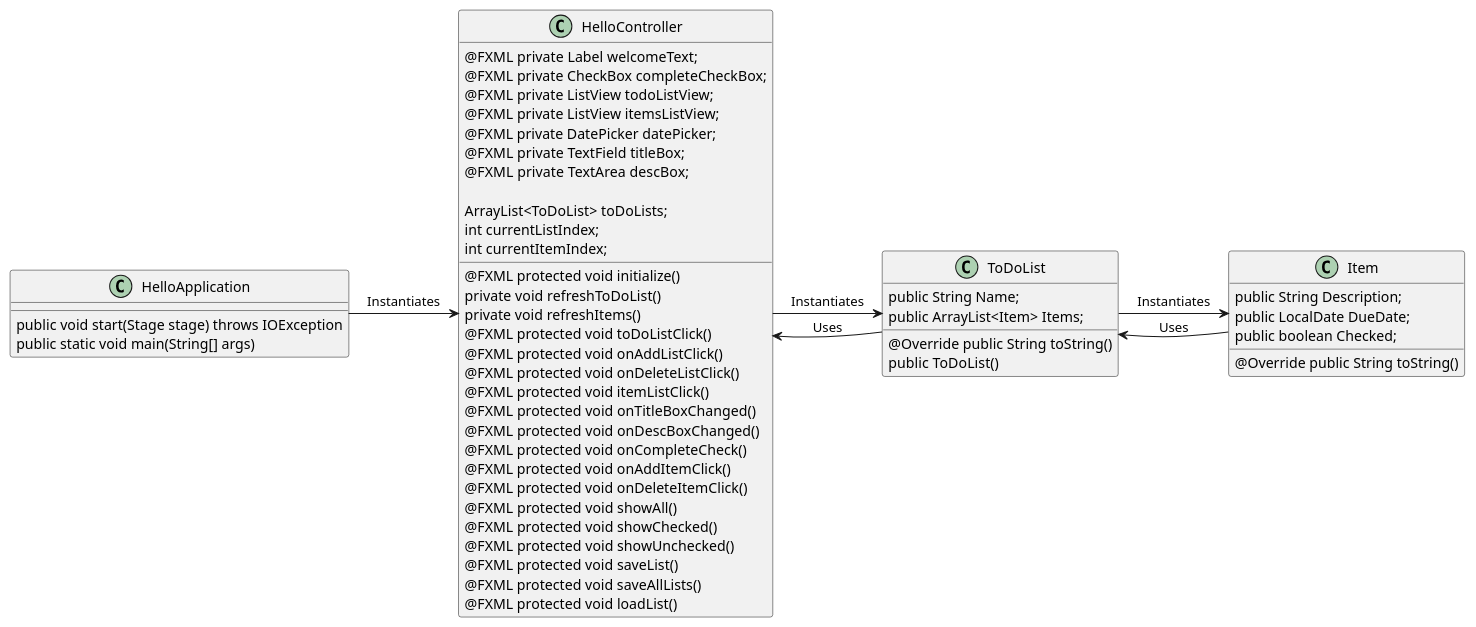
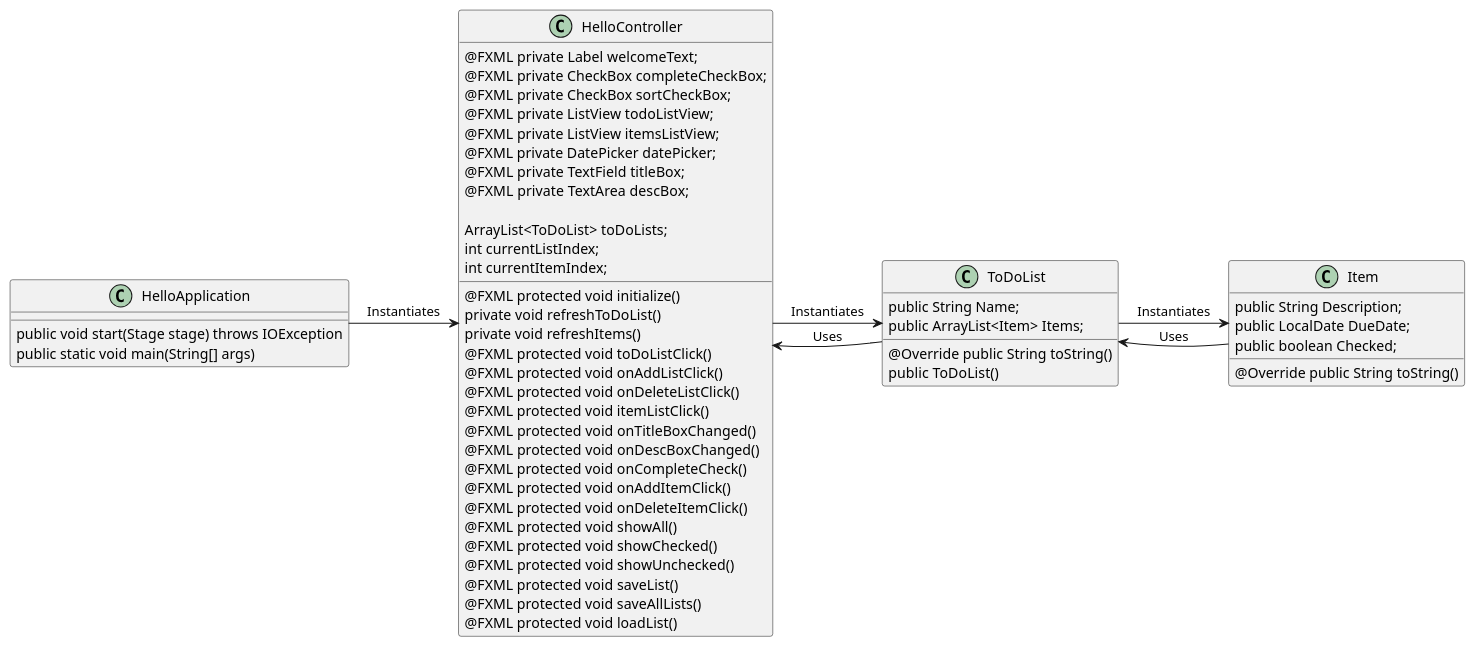
One commit to MerrekDeBolt/DeBolt-cop3330-assignment4 changed the diagram in src/main/java/ucf/assignments/diagram.puml. Above: the diagram before and after it, drawn with PlantUML. The commit also changed 2 other files, not shown here.

Commit message:
sort by due date stuff

```diff
--- a/src/main/java/ucf/assignments/diagram.puml
+++ b/src/main/java/ucf/assignments/diagram.puml
@@ -1,71 +1,72 @@
 @startuml
 'https://plantuml.com/sequence-diagram
 
 
 
 HelloApplication -> HelloController: Instantiates
 
 HelloController -> ToDoList: Instantiates
 ToDoList -> HelloController: Uses
 
 ToDoList -> Item: Instantiates
 Item -> ToDoList: Uses
 
 class HelloApplication
 {
     public void start(Stage stage) throws IOException
     public static void main(String[] args)
 }
 
 class HelloController
 {
     @FXML private Label welcomeText;
     @FXML private CheckBox completeCheckBox;
+    @FXML private CheckBox sortCheckBox;
     @FXML private ListView todoListView;
     @FXML private ListView itemsListView;
     @FXML private DatePicker datePicker;
     @FXML private TextField titleBox;
     @FXML private TextArea descBox;
 
     ArrayList<ToDoList> toDoLists;
     int currentListIndex;
     int currentItemIndex;
 
     @FXML protected void initialize()
     private void refreshToDoList()
     private void refreshItems()
     @FXML protected void toDoListClick()
     @FXML protected void onAddListClick()
     @FXML protected void onDeleteListClick()
     @FXML protected void itemListClick()
     @FXML protected void onTitleBoxChanged()
     @FXML protected void onDescBoxChanged()
     @FXML protected void onCompleteCheck()
     @FXML protected void onAddItemClick()
     @FXML protected void onDeleteItemClick()
     @FXML protected void showAll()
     @FXML protected void showChecked()
     @FXML protected void showUnchecked()
     @FXML protected void saveList()
     @FXML protected void saveAllLists()
     @FXML protected void loadList()
 }
 
 class ToDoList
 {
     public String Name;
     public ArrayList<Item> Items;
 
     @Override public String toString()
     public ToDoList()
 }
 
 class Item
 {
     public String Description;
     public LocalDate DueDate;
     public boolean Checked;
 
     @Override public String toString()
 }
 @enduml
```
